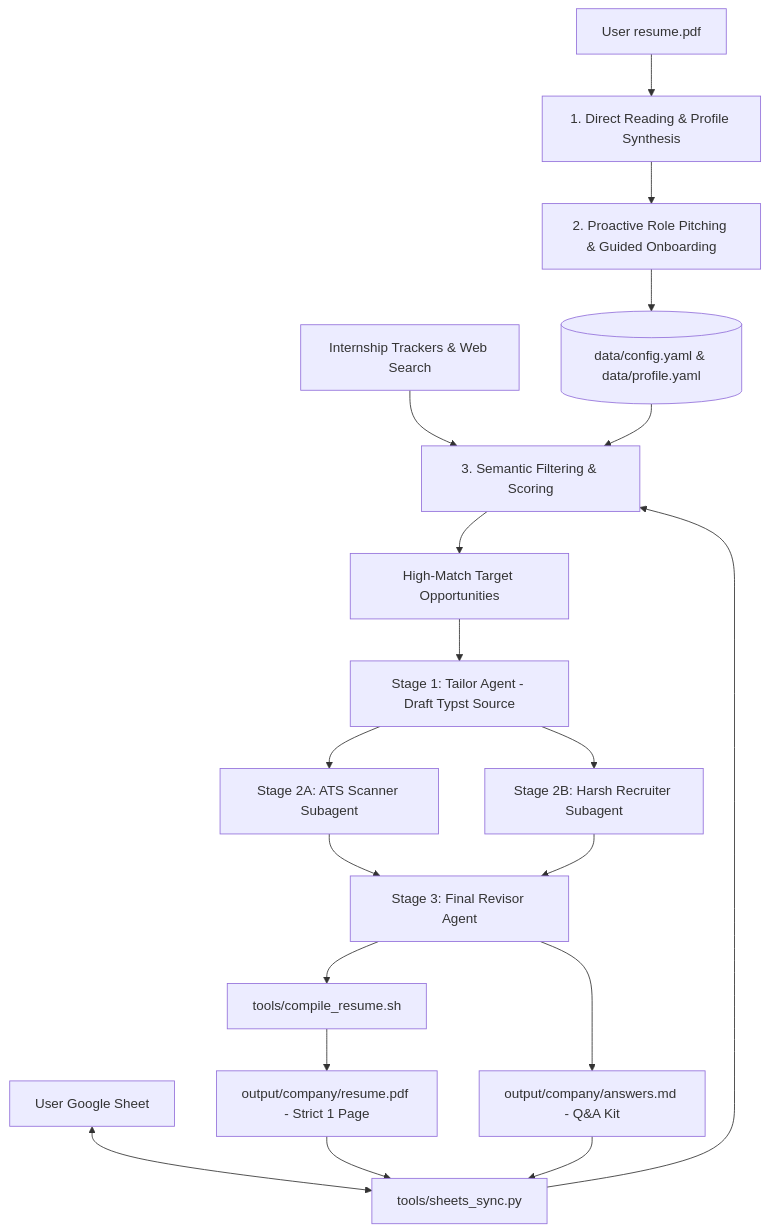
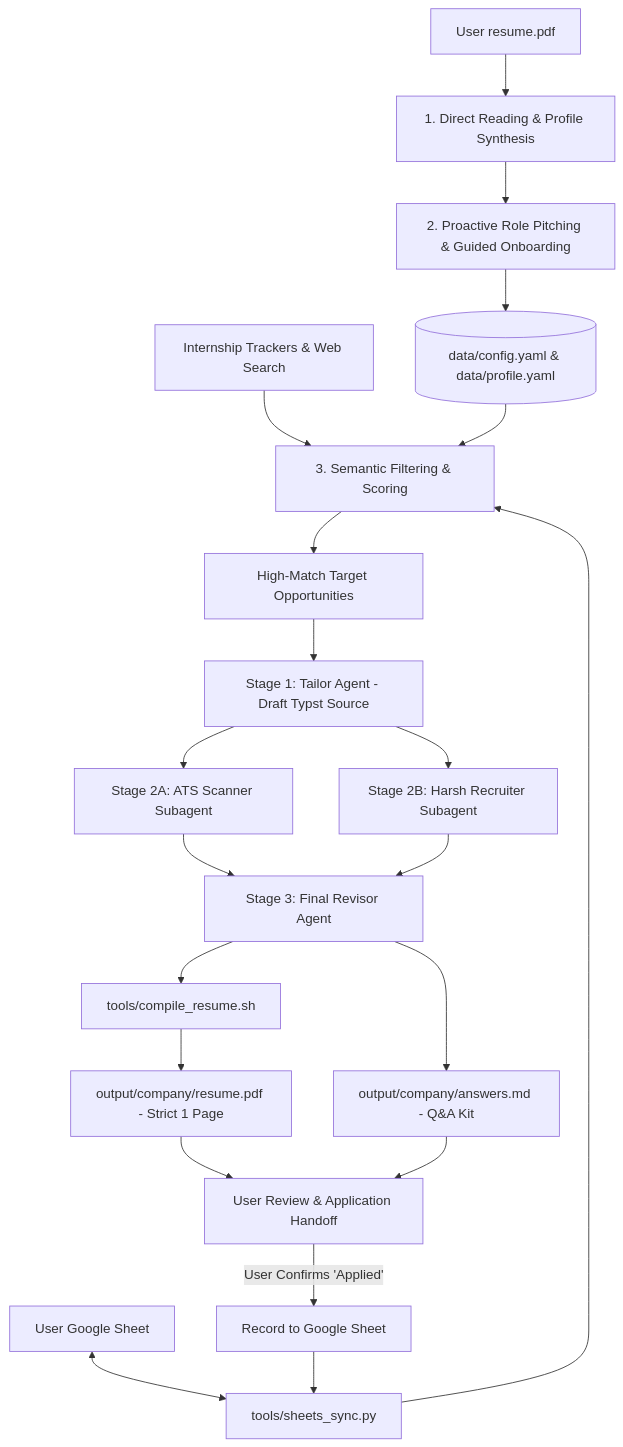
The diagram in .agents/skills/internship-hunter/SKILL.md (AtesIsf/internship-hunter), drawn with Mermaid before and after one commit. The commit also changed other lines of this file and 1 other file, not shown here.

Commit message:
feat(workflow): update review-apply-sync protocol in skill and readme

````diff
--- a/.agents/skills/internship-hunter/SKILL.md
+++ b/.agents/skills/internship-hunter/SKILL.md
@@ -18,21 +18,23 @@
 ```mermaid
 flowchart TD
     A[User resume.pdf] --> B[1. Direct Reading & Profile Synthesis]
     B --> C[2. Proactive Role Pitching & Guided Onboarding]
     C --> D[(data/config.yaml & data/profile.yaml)]
     
     E[User Google Sheet] <--> F[tools/sheets_sync.py]
     
     G[Internship Trackers & Web Search] --> H[3. Semantic Filtering & Scoring]
     D & F --> H
     H --> I[High-Match Target Opportunities]
     
     I --> J[Stage 1: Tailor Agent - Draft Typst Source]
     J --> K[Stage 2A: ATS Scanner Subagent]
     J --> L[Stage 2B: Harsh Recruiter Subagent]
     K & L --> M[Stage 3: Final Revisor Agent]
     M --> N[tools/compile_resume.sh]
     N --> O[output/company/resume.pdf - Strict 1 Page]
     M --> P[output/company/answers.md - Q&A Kit]
-    O & P --> F
+    O & P --> Q[User Review & Application Handoff]
+    Q -->|User Confirms 'Applied'| R[Record to Google Sheet]
+    R --> F
 ```
````
